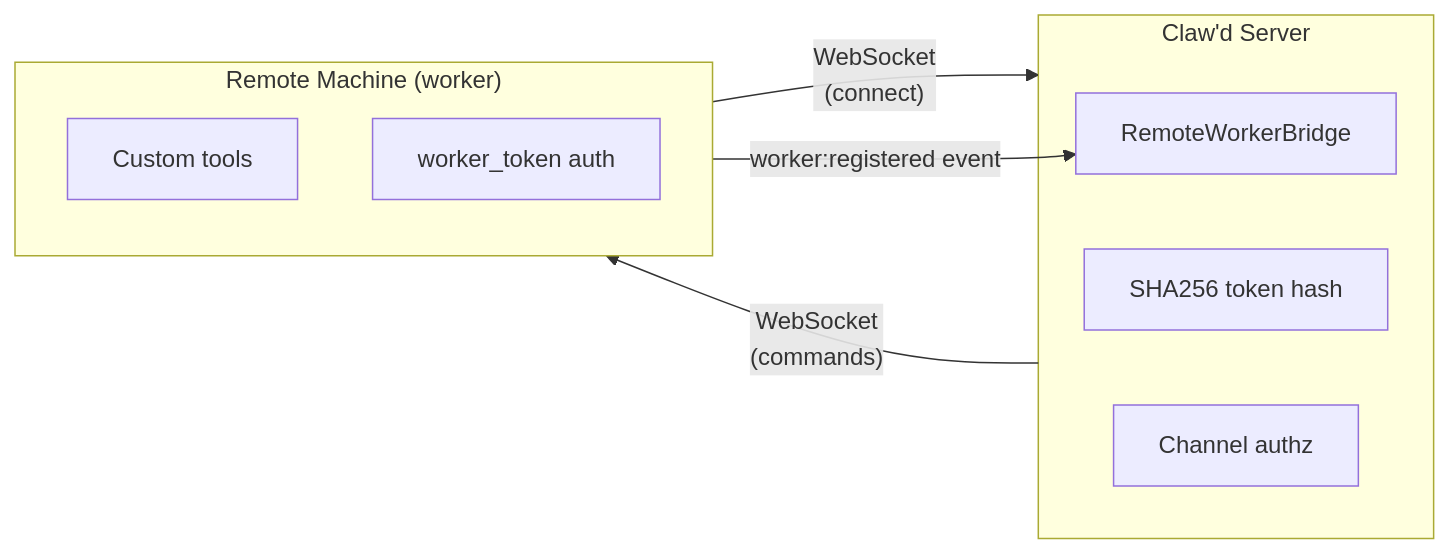
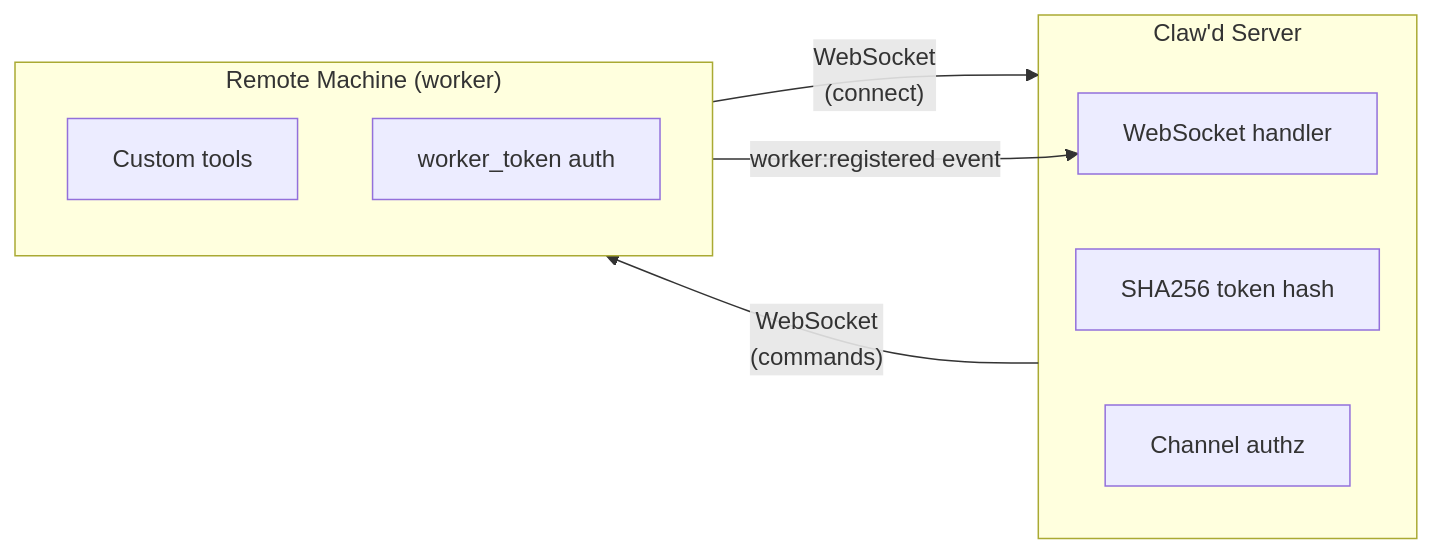
The seventh of 8 diagrams in docs/architecture.md (Tuanm/clawd), drawn with Mermaid before and after one commit. The commit also changed other lines of this file and 202 other files, not shown here.

````diff
--- a/docs/architecture.md
+++ b/docs/architecture.md
@@ -1657,17 +1676,17 @@
 ```mermaid
 flowchart LR
     subgraph RM["Remote Machine (worker)"]
         CT["Custom tools"]
         WT["worker_token auth"]
     end
 
     subgraph CS["Claw'd Server"]
-        RWB["RemoteWorkerBridge"]
+        WS["WebSocket handler"]
         TH["SHA256 token hash"]
         CA["Channel authz"]
     end
 
     RM -->|"WebSocket\n(connect)"| CS
-    RM -->|"worker:registered event"| RWB
+    RM -->|"worker:registered event"| WS
     CS -->|"WebSocket\n(commands)"| RM
 ```
````
